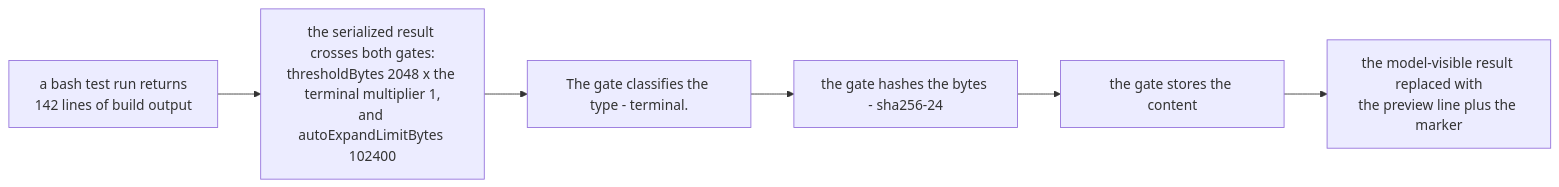
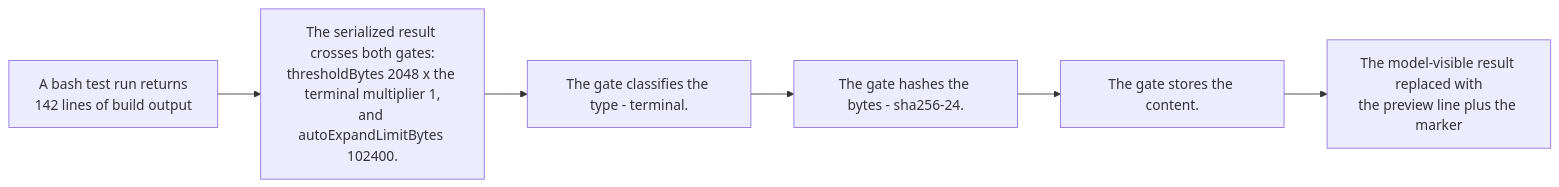
Before and after one commit to PlayForm/Site-DeepSeek: the diagram in Source/Content/Mermaid/ccr-in-action-gate.mmd, drawn with Mermaid. The commit also changed 141 other files, not shown here.

```diff
--- a/Source/Content/Mermaid/ccr-in-action-gate.mmd
+++ b/Source/Content/Mermaid/ccr-in-action-gate.mmd
@@ -1,6 +1,6 @@
 flowchart LR
-	RUN["a bash test run returns<br/>142 lines of build output"] --> SIZE["the serialized result crosses both gates:<br/>thresholdBytes 2048 x the terminal multiplier 1,<br/>and autoExpandLimitBytes 102400"]
+	RUN["A bash test run returns<br/>142 lines of build output"] --> SIZE["The serialized result crosses both gates:<br/>thresholdBytes 2048 x the terminal multiplier 1,<br/>and autoExpandLimitBytes 102400."]
 	SIZE --> CLS["The gate classifies the type - terminal."]
-	CLS --> HS["the gate hashes the bytes - sha256-24"]
-	HS --> ST["the gate stores the content"]
-	ST --> REP["the model-visible result replaced with<br/>the preview line plus the marker"]
+	CLS --> HS["The gate hashes the bytes - sha256-24."]
+	HS --> ST["The gate stores the content."]
+	ST --> REP["The model-visible result replaced with<br/>the preview line plus the marker"]
```
